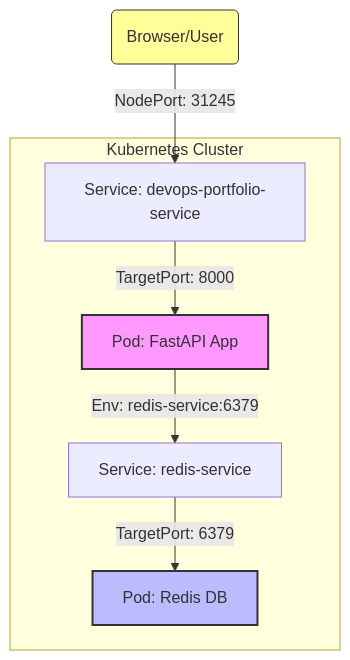
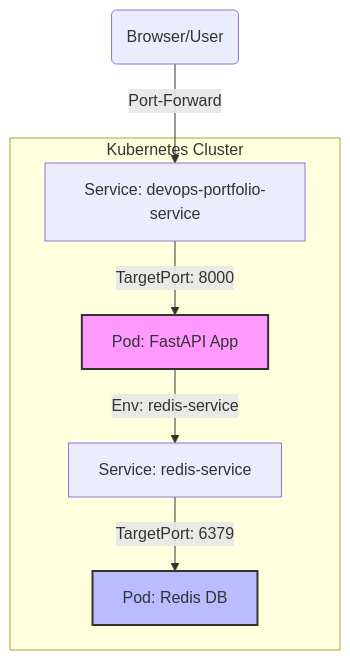
The second of 2 diagrams in README.md (0xDylanChen/GitOps.project), drawn with Mermaid before and after one commit. The commit also changed other lines of this file, not shown here.

````diff
--- a/README.md
+++ b/README.md
@@ -14,15 +43,14 @@
 ```mermaid
 graph TD
-    Client(Browser/User) -->|NodePort: 31245| ExtSVC[Service: devops-portfolio-service]
+    Client(Browser/User) -->|Port-Forward| AppSvc[Service: devops-portfolio-service]
     
     subgraph Kubernetes Cluster
-        ExtSVC -->|TargetPort: 8000| AppPod[Pod: FastAPI App]
+        AppSvc -->|TargetPort: 8000| AppPod[Pod: FastAPI App]
         
-        AppPod -->|Env: redis-service:6379| IntSVC[Service: redis-service]
-        IntSVC -->|TargetPort: 6379| RedisPod[Pod: Redis DB]
+        AppPod -->|Env: redis-service| RedisSvc[Service: redis-service]
+        RedisSvc -->|TargetPort: 6379| RedisPod[Pod: Redis DB]
     end
 
     style AppPod fill:#f9f,stroke:#333,stroke-width:2px
     style RedisPod fill:#bbf,stroke:#333,stroke-width:2px
-    style Client fill:#ff9,stroke:#333
 ```
````
